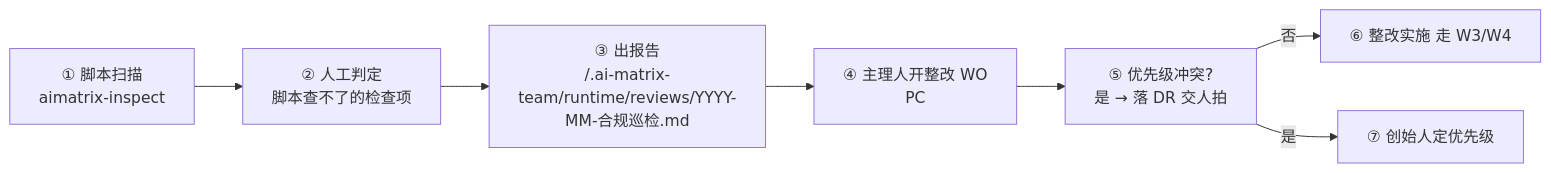
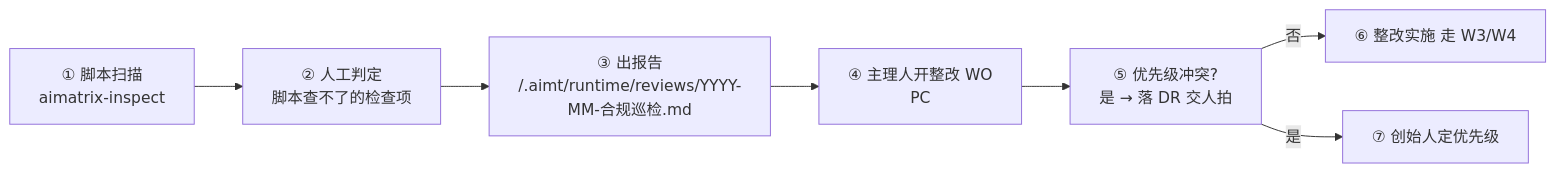
The third of 3 diagrams in docs/05-workflows.md (aispin/ai-matrix-team), drawn with Mermaid before and after one commit. The commit also changed other lines of this file and 87 other files, not shown here.

First line of the commit message:
feat!: 项目薄层目录改名 .ai-matrix-team → .aimt，全链迁移（WO-20261012-09）

````diff
--- a/docs/05-workflows.md
+++ b/docs/05-workflows.md
@@ -142,9 +142,9 @@
 ```mermaid
 flowchart LR
   A["① 脚本扫描<br/>aimatrix-inspect"] --> B["② 人工判定<br/>脚本查不了的检查项"]
-  B --> C["③ 出报告<br/><project>/.ai-matrix-team/runtime/reviews/YYYY-MM-合规巡检.md"]
+  B --> C["③ 出报告<br/><project>/.aimt/runtime/reviews/YYYY-MM-合规巡检.md"]
   C --> D["④ 主理人开整改 WO<br/>PC"]
   D --> E["⑤ 优先级冲突?<br/>是 → 落 DR 交人拍"]
   E -->|否| F["⑥ 整改实施 走 W3/W4"]
   E -->|是| G["⑦ 创始人定优先级"]
 ```
````
